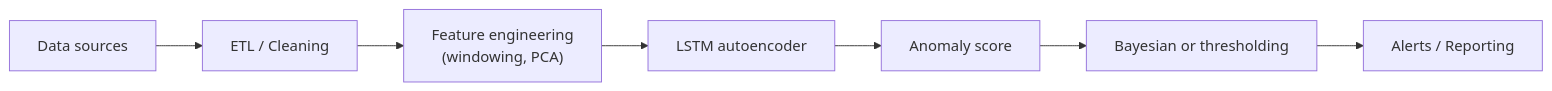
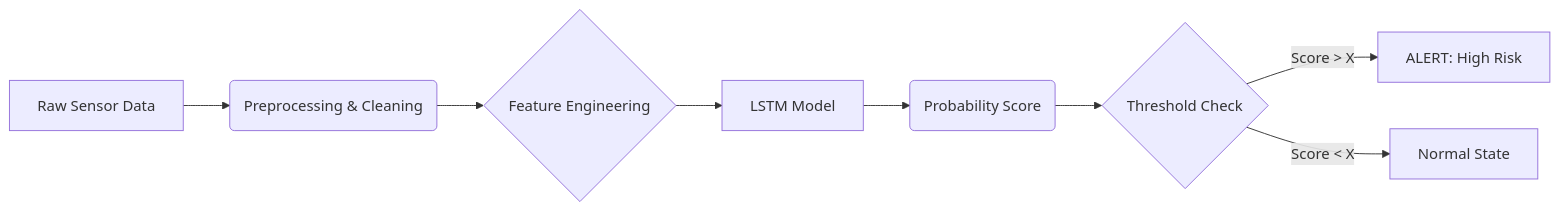
The diagram in docs/ml_system_design_doc.md (Xenox-developer/MLSysDes), drawn with Mermaid before and after one commit. The commit also changed other lines of this file and 2 other files, not shown here.

````diff
--- a/docs/ml_system_design_doc.md
+++ b/docs/ml_system_design_doc.md
@@ -40,9 +48,10 @@
 ```mermaid
-flowchart LR
-    A[Data sources] --> B[ETL / Cleaning]
-    B --> C["Feature engineering<br/>(windowing, PCA)"]
-    C --> D[LSTM autoencoder]
-    D --> E[Anomaly score]
-    E --> F[Bayesian or thresholding]
-    F --> G[Alerts / Reporting]
+graph LR
+    A[Raw Sensor Data] --> B(Preprocessing & Cleaning);
+    B --> C{Feature Engineering};
+    C --> D[LSTM Model];
+    D --> E(Probability Score);
+    E --> F{Threshold Check};
+    F -- Score > X --> G[ALERT: High Risk];
+    F -- Score < X --> H[Normal State];
 ```
````
